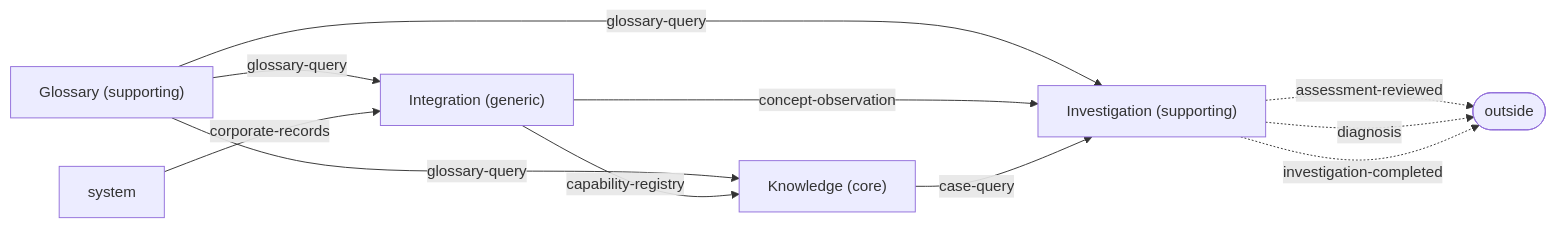
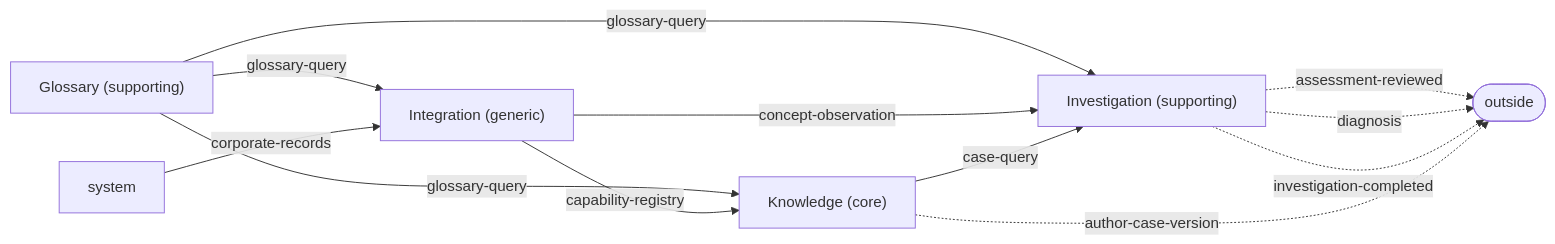
One commit to zig999/servicedesk changed the diagram in knowledge/projections/context-map.mmd. Above: the diagram before and after it, drawn with Mermaid. The commit also changed 27 other files, not shown here.

```diff
--- a/knowledge/projections/context-map.mmd
+++ b/knowledge/projections/context-map.mmd
@@ -1,16 +1,17 @@
 flowchart LR
     glossary["Glossary (supporting)"]
     integration["Integration (generic)"]
     investigation["Investigation (supporting)"]
     knowledge["Knowledge (core)"]
     glossary -->|glossary-query| integration
     glossary -->|glossary-query| investigation
     glossary -->|glossary-query| knowledge
     integration -->|concept-observation| investigation
     integration -->|capability-registry| knowledge
     knowledge -->|case-query| investigation
     system -->|corporate-records| integration
     outside(["outside"])
     investigation -.->|assessment-reviewed| outside
     investigation -.->|diagnosis| outside
     investigation -.->|investigation-completed| outside
+    knowledge -.->|author-case-version| outside
```
